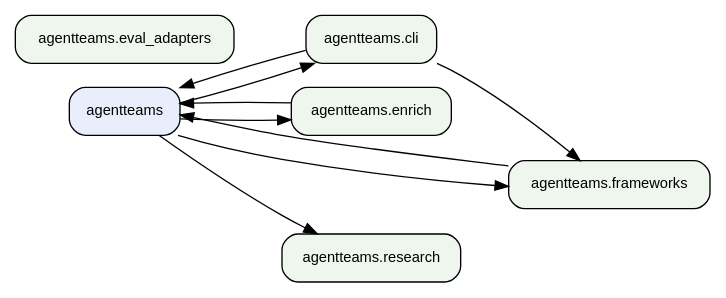
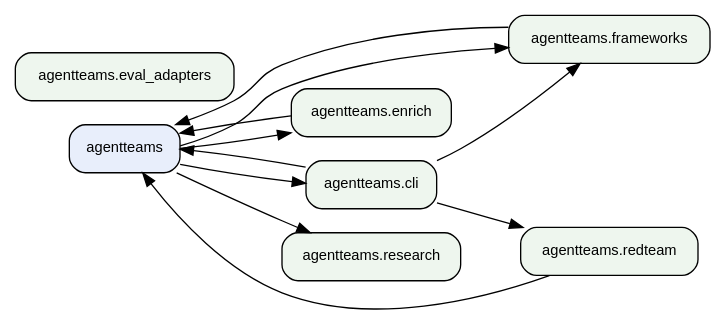
Before and after one commit to jlcatonjr/agentteams: the second of 2 diagrams in references/architecture-graph.md, drawn with Graphviz. The commit also changed other lines of this file and 46 other files, not shown here.

````diff
--- a/references/architecture-graph.md
+++ b/references/architecture-graph.md
@@ -212,21 +227,24 @@
 ```dot
 digraph "agentteams architecture" {
     rankdir=LR;
     node [fontname="Helvetica", fontsize=11, shape=box, style="rounded,filled", fillcolor="#eef6ee"];
     edge [fontsize=9];
     "agentteams" [fillcolor="#e8eefb"];
     "agentteams.cli" [fillcolor="#eef6ee"];
     "agentteams.enrich" [fillcolor="#eef6ee"];
     "agentteams.eval_adapters" [fillcolor="#eef6ee"];
     "agentteams.frameworks" [fillcolor="#eef6ee"];
+    "agentteams.redteam" [fillcolor="#eef6ee"];
     "agentteams.research" [fillcolor="#eef6ee"];
     "agentteams" -> "agentteams.cli";
     "agentteams" -> "agentteams.enrich";
     "agentteams" -> "agentteams.frameworks";
     "agentteams" -> "agentteams.research";
     "agentteams.cli" -> "agentteams";
     "agentteams.cli" -> "agentteams.frameworks";
+    "agentteams.cli" -> "agentteams.redteam";
     "agentteams.enrich" -> "agentteams";
     "agentteams.frameworks" -> "agentteams";
+    "agentteams.redteam" -> "agentteams";
 }
 ```
````
